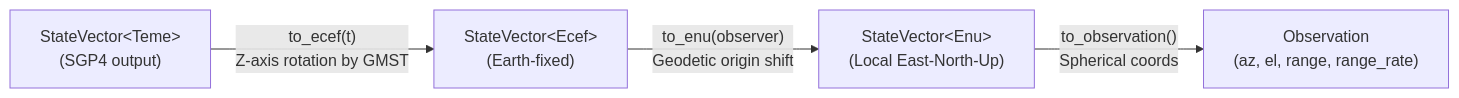
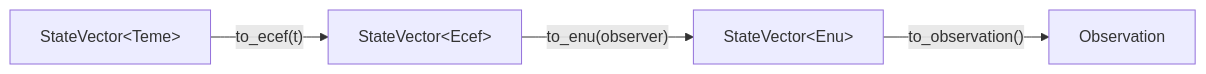
Before and after one commit to steg87/sgp4-predict: the diagram in docs/coordinate-frames.md, drawn with Mermaid. The commit also changed other lines of this file and 30 other files, not shown here.

````diff
--- a/docs/coordinate-frames.md
+++ b/docs/coordinate-frames.md
@@ -42,7 +21,7 @@
 ```mermaid
 flowchart LR
-    TEME["StateVector&lt;Teme&gt;\n(SGP4 output)"]
-    -->|"to_ecef(t)\nZ-axis rotation by GMST"| ECEF["StateVector&lt;Ecef&gt;\n(Earth-fixed)"]
-    -->|"to_enu(observer)\nGeodetic origin shift"| ENU["StateVector&lt;Enu&gt;\n(Local East-North-Up)"]
-    -->|"to_observation()\nSpherical coords"| OBS["Observation\n(az, el, range, range_rate)"]
+    TEME["StateVector&lt;Teme&gt;"]
+    -->|"to_ecef(t)"| ECEF["StateVector&lt;Ecef&gt;"]
+    -->|"to_enu(observer)"| ENU["StateVector&lt;Enu&gt;"]
+    -->|"to_observation()"| OBS["Observation"]
 ```
````
